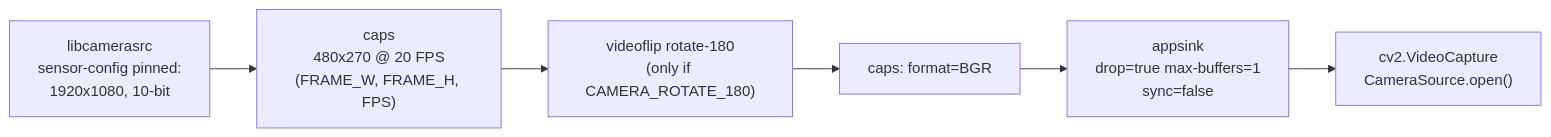
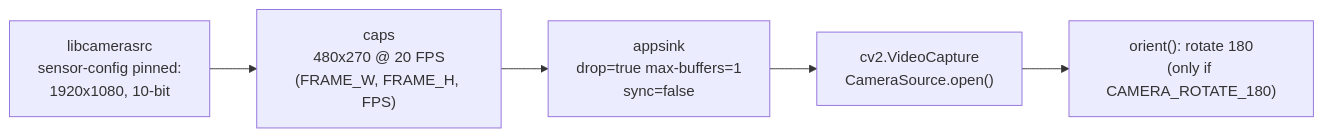
One commit to Simbyote/Navilott_Vision changed the fifth of 24 diagrams in vision_stack/docs/guides/system_maps.md. Above: the diagram before and after it, drawn with Mermaid. The commit also changed 7 other files, not shown here.

````diff
--- a/vision_stack/docs/guides/system_maps.md
+++ b/vision_stack/docs/guides/system_maps.md
@@ -150,8 +150,7 @@
 ```mermaid
 flowchart LR
     S["libcamerasrc<br/>sensor-config pinned:<br/>1920x1080, 10-bit"] --> C["caps<br/>480x270 @ 20 FPS<br/>(FRAME_W, FRAME_H, FPS)"]
-    C --> FL["videoflip rotate-180<br/>(only if CAMERA_ROTATE_180)"]
-    FL --> B["caps: format=BGR"]
-    B --> A["appsink<br/>drop=true max-buffers=1<br/>sync=false"]
+    C --> A["appsink<br/>drop=true max-buffers=1<br/>sync=false"]
     A --> CV["cv2.VideoCapture<br/>CameraSource.open()"]
+    CV --> FL["orient(): rotate 180<br/>(only if CAMERA_ROTATE_180)"]
 ```
````
